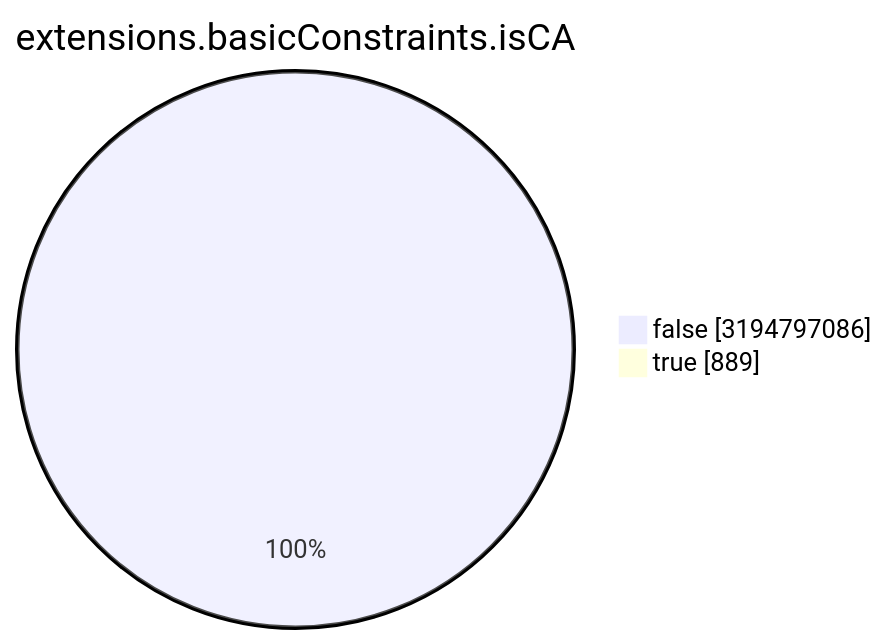
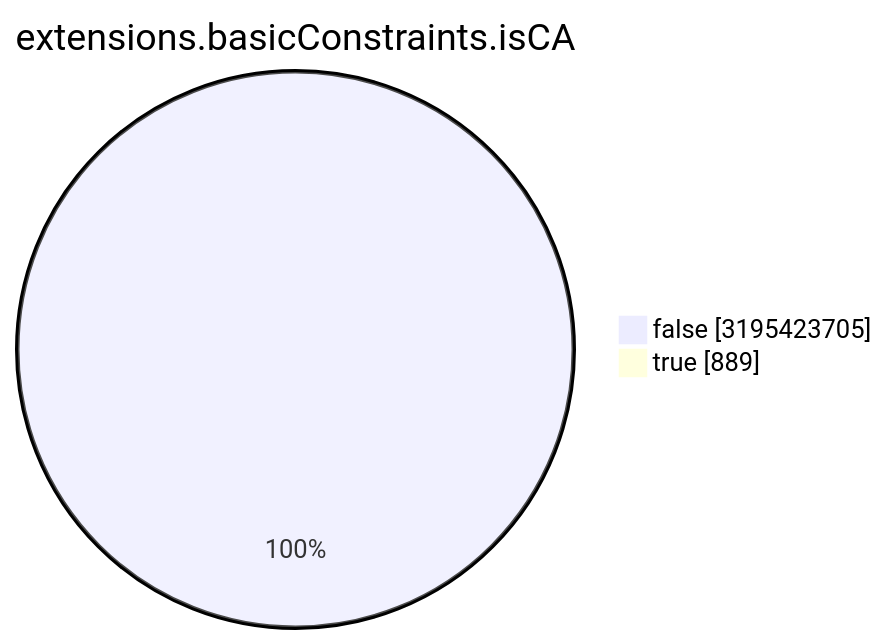
Before and after one commit to christiankrug/ctmonitor_visualization: the seventh of 15 diagrams in TOTAL/README.md, drawn with Mermaid. The commit also changed other lines of this file, not shown here.

````diff
--- a/TOTAL/README.md
+++ b/TOTAL/README.md
@@ -3088,6 +3088,6 @@
 ```mermaid
 pie showData
 title extensions.basicConstraints.isCA
-"false" :3194797086
+"false" :3195423705
 "true" :889
 ```
````
